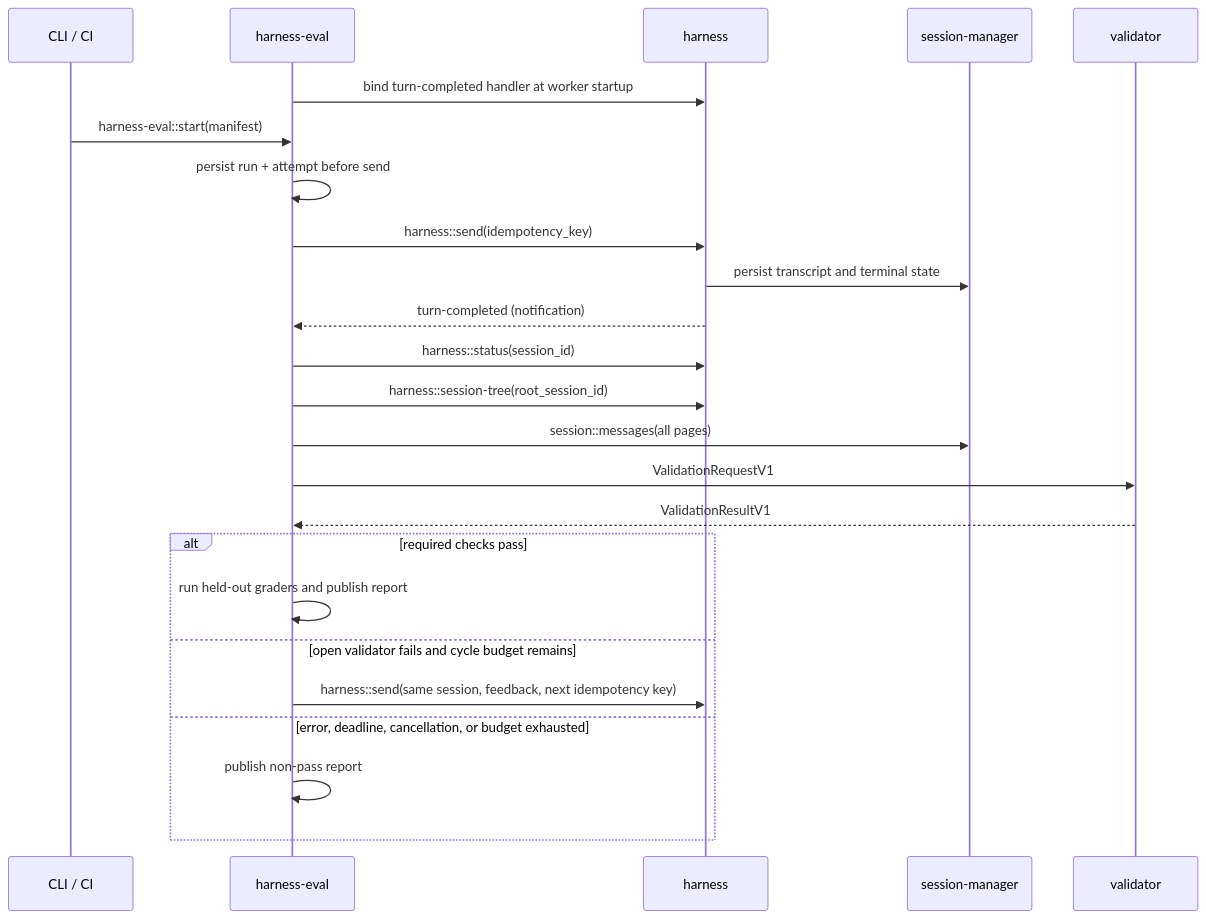
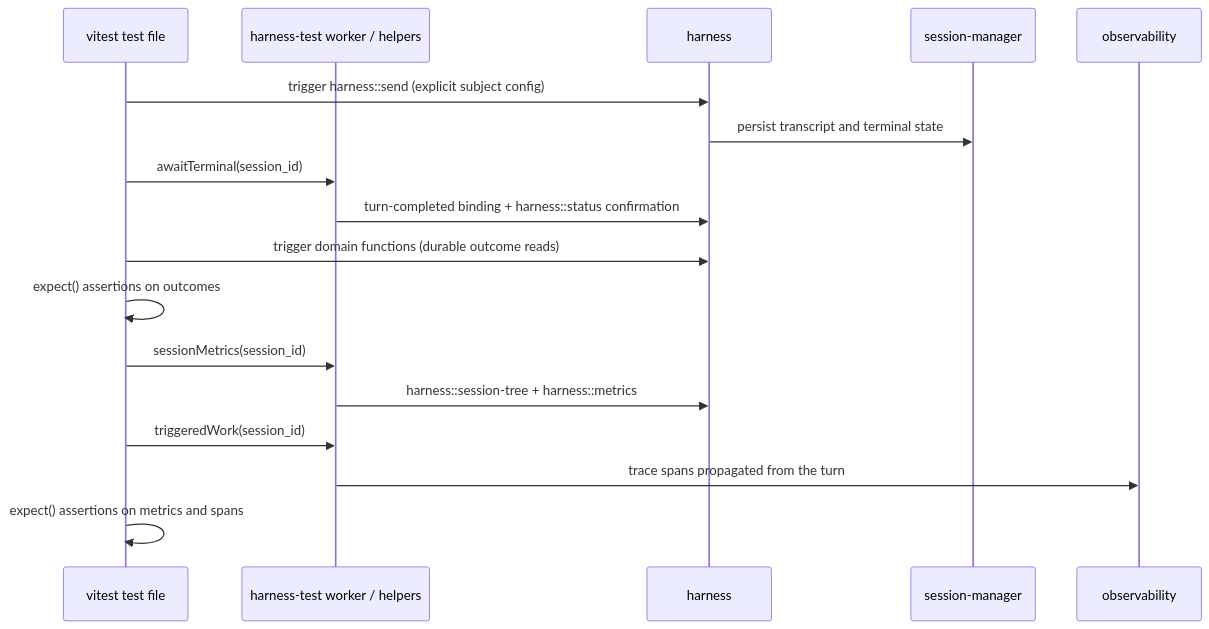
The diagram in tech-specs/2026-07-15-harness-evaluation/agent-quality.md (iii-hq/iii), drawn with Mermaid before and after one commit. The commit also changed other lines of this file and 2 other files, not shown here.

First line of the commit message:
docs: revise harness evaluation to code-first authoring

````diff
--- a/tech-specs/2026-07-15-harness-evaluation/agent-quality.md
+++ b/tech-specs/2026-07-15-harness-evaluation/agent-quality.md
@@ -144,27 +222,20 @@
 ```mermaid
 sequenceDiagram
-  participant L as CLI / CI
-  participant E as harness-eval
+  participant V as vitest test file
+  participant W as harness-test worker / helpers
   participant H as harness
   participant S as session-manager
-  participant V as validator
+  participant O as observability
 
-  E->>H: bind turn-completed handler at worker startup
-  L->>E: harness-eval::start(manifest)
-  E->>E: persist run + attempt before send
-  E->>H: harness::send(idempotency_key)
+  V->>H: trigger harness::send (explicit subject config)
   H->>S: persist transcript and terminal state
-  H-->>E: turn-completed (notification)
-  E->>H: harness::status(session_id)
-  E->>H: harness::session-tree(root_session_id)
-  E->>S: session::messages(all pages)
-  E->>V: ValidationRequestV1
-  V-->>E: ValidationResultV1
-  alt required checks pass
-    E->>E: run held-out graders and publish report
-  else open validator fails and cycle budget remains
-    E->>H: harness::send(same session, feedback, next idempotency key)
-  else error, deadline, cancellation, or budget exhausted
-    E->>E: publish non-pass report
-  end
+  V->>W: awaitTerminal(session_id)
+  W->>H: turn-completed binding + harness::status confirmation
+  V->>H: trigger domain functions (durable outcome reads)
+  V->>V: expect() assertions on outcomes
+  V->>W: sessionMetrics(session_id)
+  W->>H: harness::session-tree + harness::metrics
+  V->>W: triggeredWork(session_id)
+  W->>O: trace spans propagated from the turn
+  V->>V: expect() assertions on metrics and spans
 ```
````
